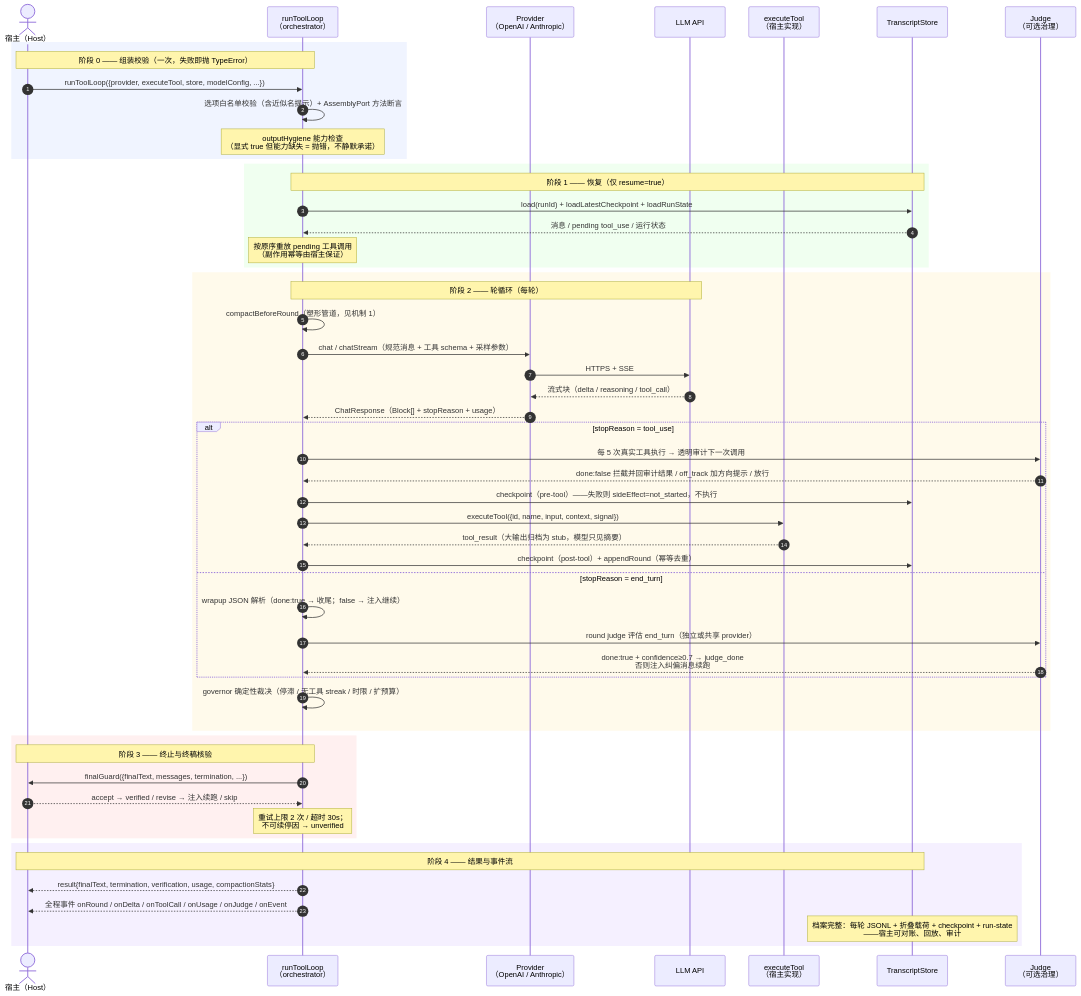
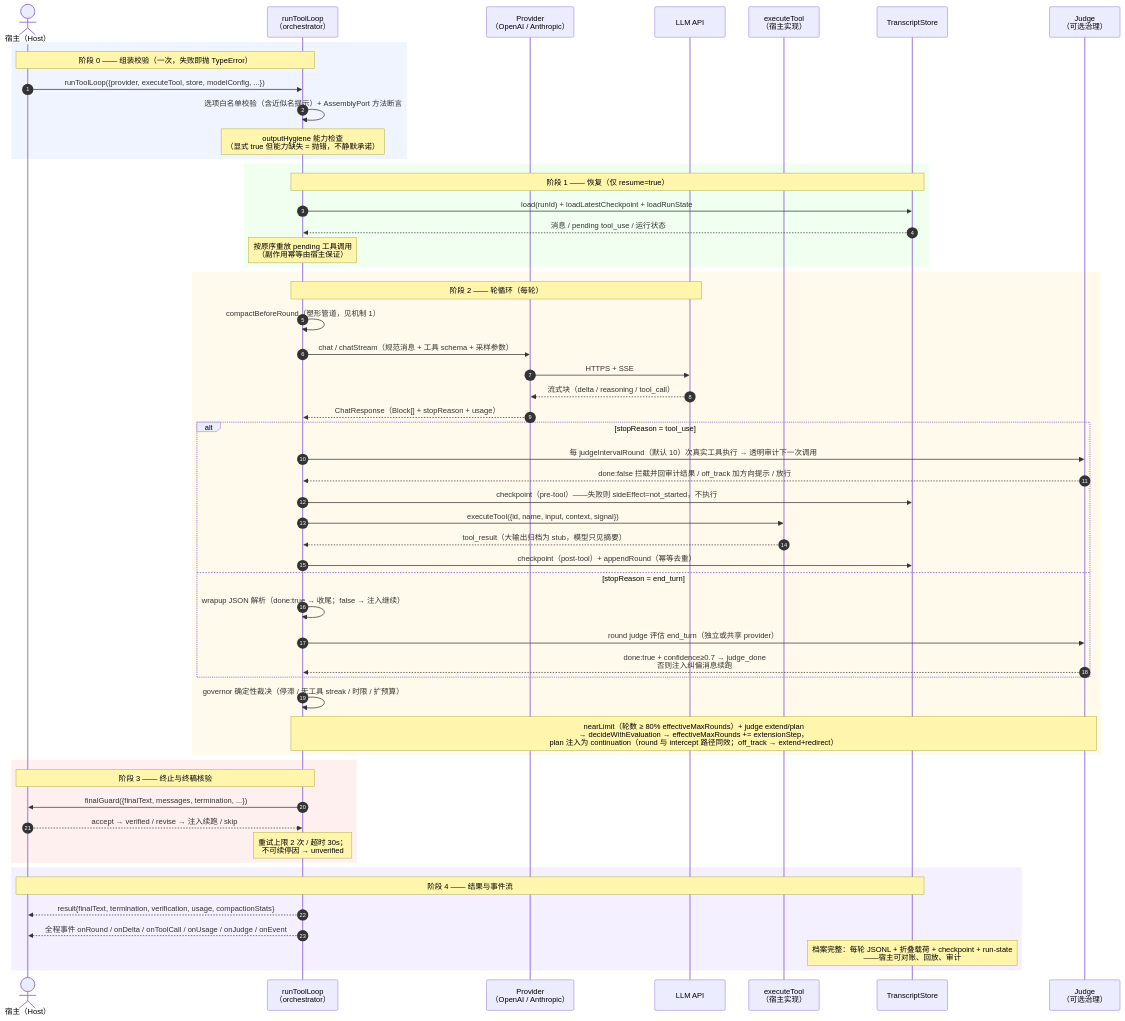
Before and after one commit to ErixWong/erix-agent: the third of 5 diagrams in docs/charts_cn.md, drawn with Mermaid. The commit also changed other lines of this file and 3 other files, not shown here.

Commit message:
docs: charts 五图与实际架构对齐 (#57)

````diff
--- a/docs/charts_cn.md
+++ b/docs/charts_cn.md
@@ -166,61 +183,62 @@
 ```mermaid
 sequenceDiagram
     autonumber
     actor H as 宿主（Host）
     participant L as runToolLoop<br/>（orchestrator）
     participant P as Provider<br/>（OpenAI / Anthropic）
     participant M as LLM API
     participant T as executeTool<br/>（宿主实现）
     participant S as TranscriptStore
     participant J as Judge<br/>（可选治理）
 
     rect rgb(240, 244, 255)
     Note over H,L: 阶段 0 —— 组装校验（一次，失败即抛 TypeError）
     H->>L: runToolLoop({provider, executeTool, store, modelConfig, ...})
     L->>L: 选项白名单校验（含近似名提示）+ AssemblyPort 方法断言
     Note over L: outputHygiene 能力检查<br/>（显式 true 但能力缺失 = 抛错，不静默承诺）
     end
 
     rect rgb(240, 255, 240)
     Note over L,S: 阶段 1 —— 恢复（仅 resume=true）
     L->>S: load(runId) + loadLatestCheckpoint + loadRunState
     S-->>L: 消息 / pending tool_use / 运行状态
     Note over L: 按原序重放 pending 工具调用<br/>（副作用幂等由宿主保证）
     end
 
     rect rgb(255, 250, 235)
     Note over L,M: 阶段 2 —— 轮循环（每轮）
     L->>L: compactBeforeRound（塑形管道，见机制 1）
     L->>P: chat / chatStream（规范消息 + 工具 schema + 采样参数）
     P->>M: HTTPS + SSE
     M-->>P: 流式块（delta / reasoning / tool_call）
     P-->>L: ChatResponse（Block[] + stopReason + usage）
     alt stopReason = tool_use
-        L->>J: 每 5 次真实工具执行 → 透明审计下一次调用
+        L->>J: 每 judgeIntervalRound（默认 10）次真实工具执行 → 透明审计下一次调用
         J-->>L: done:false 拦截并回审计结果 / off_track 加方向提示 / 放行
         L->>S: checkpoint（pre-tool）——失败则 sideEffect=not_started，不执行
         L->>T: executeTool({id, name, input, context, signal})
         T-->>L: tool_result（大输出归档为 stub，模型只见摘要）
         L->>S: checkpoint（post-tool）+ appendRound（幂等去重）
     else stopReason = end_turn
         L->>L: wrapup JSON 解析（done:true → 收尾；false → 注入继续）
         L->>J: round judge 评估 end_turn（独立或共享 provider）
         J-->>L: done:true + confidence≥0.7 → judge_done<br/>否则注入纠偏消息续跑
     end
     L->>L: governor 确定性裁决（停滞 / 无工具 streak / 时限 / 扩预算）
+    Note over L,J: nearLimit（轮数 ≥ 80% effectiveMaxRounds）+ judge extend/plan<br/>→ decideWithEvaluation → effectiveMaxRounds += extensionStep，<br/>plan 注入为 continuation（round 与 intercept 路径同效；off_track → extend+redirect）
     end
 
     rect rgb(255, 240, 240)
     Note over H,L: 阶段 3 —— 终止与终稿核验
     L->>H: finalGuard({finalText, messages, termination, ...})
     H-->>L: accept → verified / revise → 注入续跑 / skip
     Note over L: 重试上限 2 次 / 超时 30s；<br/>不可续停因 → unverified
     end
 
     rect rgb(245, 240, 255)
     Note over H,S: 阶段 4 —— 结果与事件流
     L-->>H: result{finalText, termination, verification, usage, compactionStats}
     L-->>H: 全程事件 onRound / onDelta / onToolCall / onUsage / onJudge / onEvent
     Note over S: 档案完整：每轮 JSONL + 折叠载荷 + checkpoint + run-state<br/>——宿主可对账、回放、审计
     end
 ```
````
